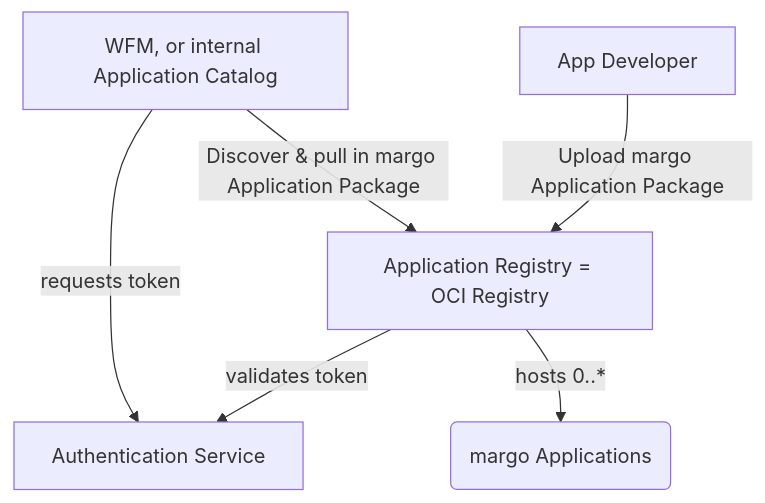
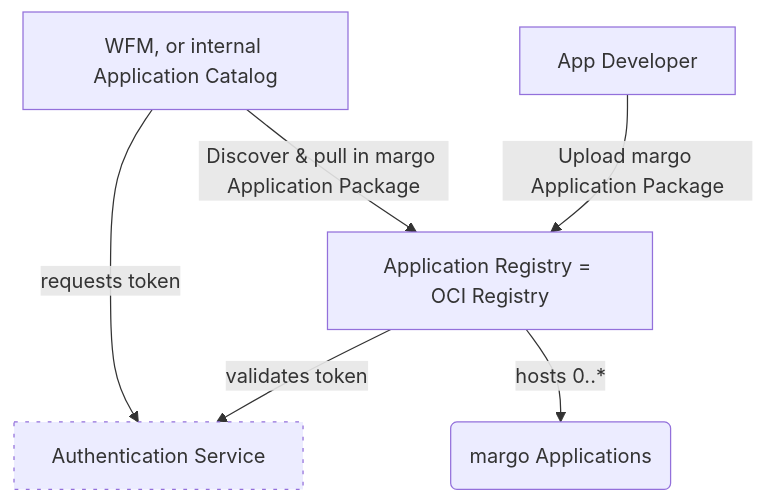
One commit to jjaswanson4/specification-enhancements changed the second of 3 diagrams in proposals/sup_app_registry_as_oci.md. Above: the diagram before and after it, drawn with Mermaid. The commit also changed other lines of this file, not shown here.

````diff
--- a/proposals/sup_app_registry_as_oci.md
+++ b/proposals/sup_app_registry_as_oci.md
@@ -73,8 +73,9 @@
 ```mermaid
 flowchart
     A[App Developer] -->|Upload margo Application Package| B[Application Registry = OCI Registry]
     C[WFM, or internal Application Catalog] -->|Discover & pull in margo Application Package| B
     B -->|validates token| D[Authentication Service] 
     B -->|hosts 0..*| E(margo Applications) 
     C -->|requests token| D
+    style D stroke-dasharray: 3 6
 ```
````
